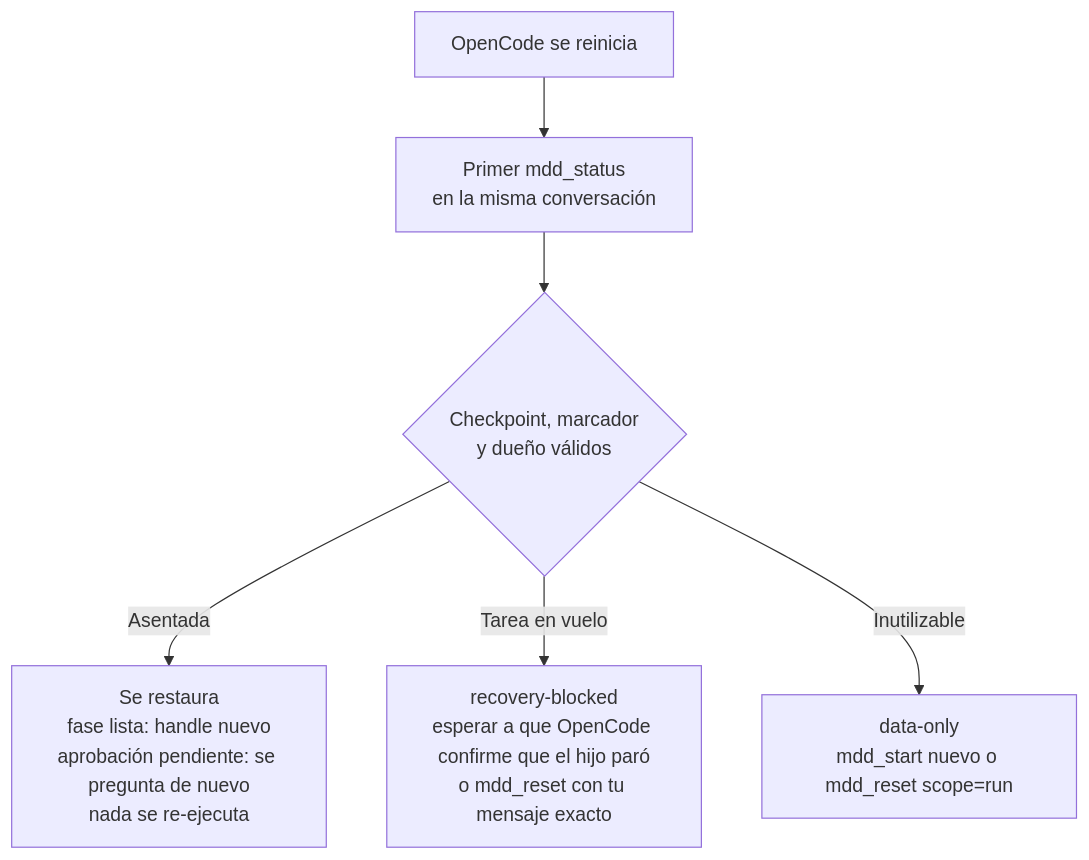
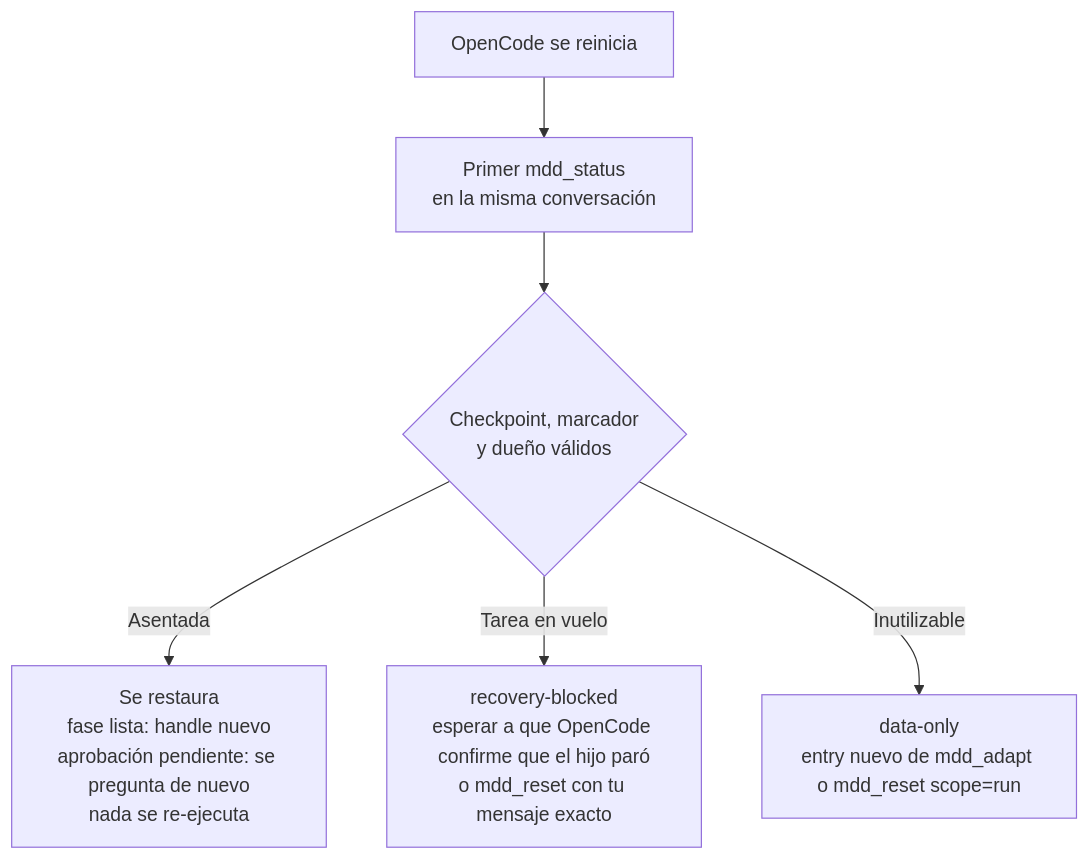
The eighth of 15 diagrams in README.md (vancinis/mdd-orchestrator), drawn with Mermaid before and after one commit. The commit also changed other lines of this file and 16 other files, not shown here.

````diff
--- a/README.md
+++ b/README.md
@@ -771,8 +650,8 @@
 ```mermaid
 flowchart TD
   R["OpenCode se reinicia"] --> S["Primer mdd_status<br/>en la misma conversación"]
   S --> C{"Checkpoint, marcador<br/>y dueño válidos"}
   C -- Asentada --> OK["Se restaura<br/>fase lista: handle nuevo<br/>aprobación pendiente: se pregunta de nuevo<br/>nada se re-ejecuta"]
   C -- "Tarea en vuelo" --> RB["recovery-blocked<br/>esperar a que OpenCode confirme que el hijo paró<br/>o mdd_reset con tu mensaje exacto"]
-  C -- Inutilizable --> DO["data-only<br/>mdd_start nuevo o mdd_reset scope=run"]
+  C -- Inutilizable --> DO["data-only<br/>entry nuevo de mdd_adapt o mdd_reset scope=run"]
 ```
````
